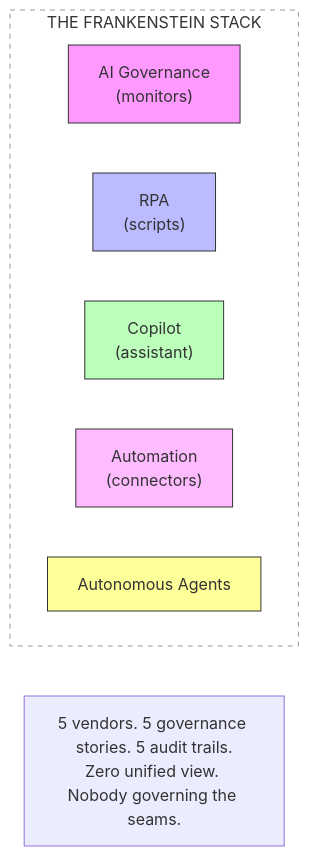
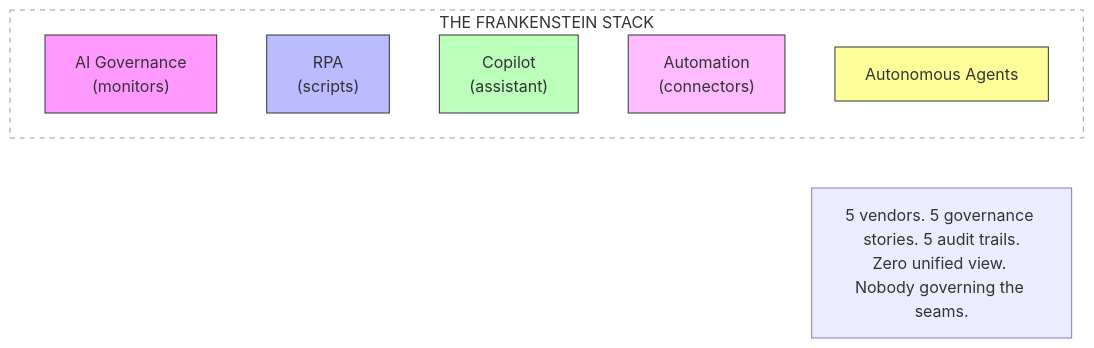
The diagram in _posts/2026-04-14-the-frankenstein-stack.md (Bodaty/aictrlnet.com), drawn with Mermaid before and after one commit. The commit also changed 2 other files, not shown here.

Commit message:
fix: clean Mermaid syntax - remove HTML bold tags, slash in labels, subgraph link

```diff
--- a/_posts/2026-04-14-the-frankenstein-stack.md
+++ b/_posts/2026-04-14-the-frankenstein-stack.md
@@ -46,20 +46,19 @@
 <div class="mermaid">
 graph TD
     subgraph stack["THE FRANKENSTEIN STACK"]
         A["AI Governance<br/>(monitors)"]
         B["RPA<br/>(scripts)"]
         C["Copilot<br/>(assistant)"]
         D["Automation<br/>(connectors)"]
         E["Autonomous Agents"]
     end
 
     style A fill:#f9f,stroke:#333
     style B fill:#bbf,stroke:#333
     style C fill:#bfb,stroke:#333
     style D fill:#fbf,stroke:#333
     style E fill:#ff9,stroke:#333
     style stack fill:none,stroke:#999,stroke-dasharray: 5 5
 
-    F["5 vendors. 5 governance stories. 5 audit trails.<br/>Zero unified view. Nobody governing the seams."]
-    stack ~~~ F
+    E ~~~ F["5 vendors. 5 governance stories. 5 audit trails.<br/>Zero unified view. Nobody governing the seams."]
 </div>
```
